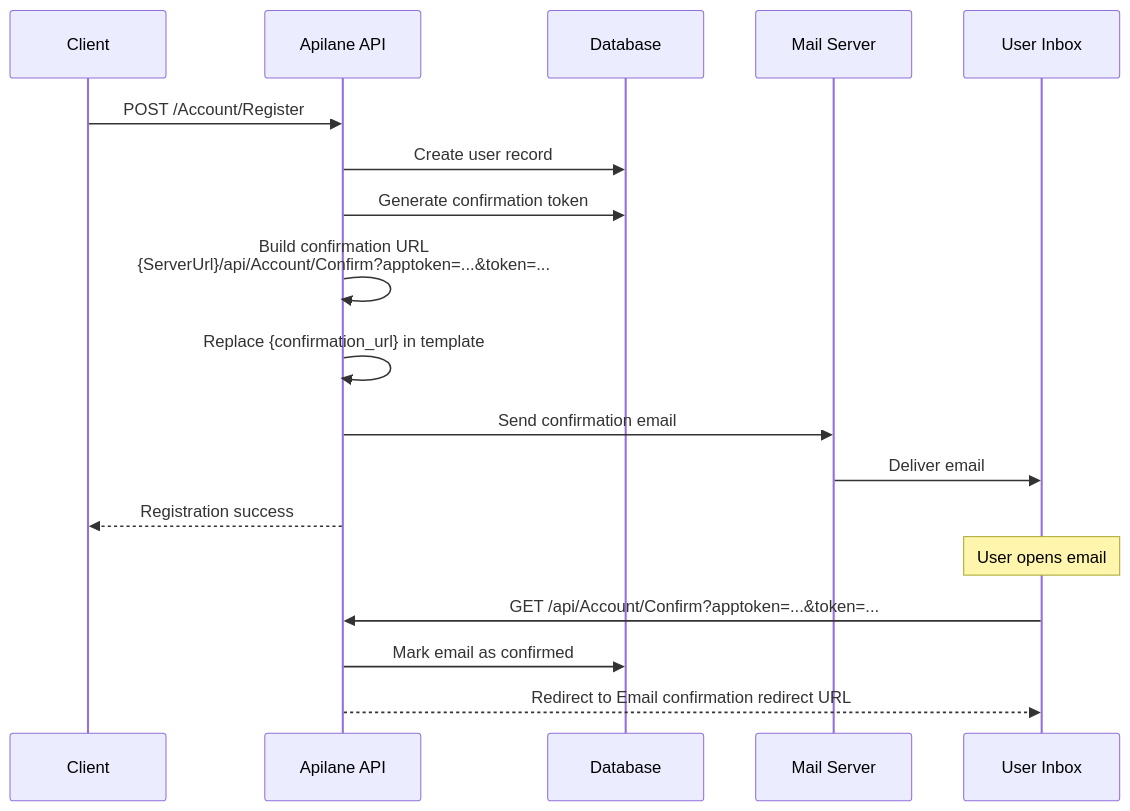
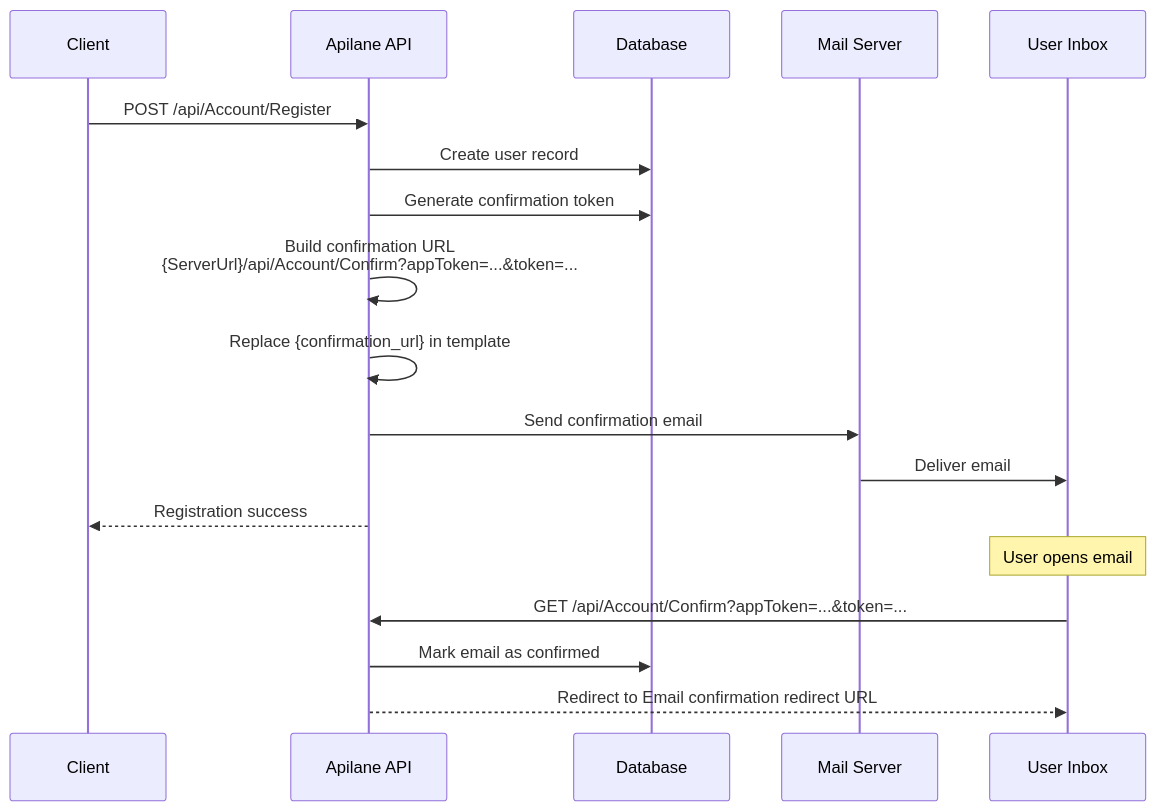
One commit to raptisv/apilane changed the first of 2 diagrams in docs/docs/developer_guide/email_templates.md. Above: the diagram before and after it, drawn with Mermaid. The commit also changed other lines of this file and 28 other files, not shown here.

````diff
--- a/docs/docs/developer_guide/email_templates.md
+++ b/docs/docs/developer_guide/email_templates.md
@@ -98,21 +100,21 @@
 ```mermaid
 sequenceDiagram
     participant Client
     participant API as Apilane API
     participant DB as Database
     participant SMTP as Mail Server
     participant User as User Inbox
 
-    Client->>API: POST /Account/Register
+    Client->>API: POST /api/Account/Register
     API->>DB: Create user record
     API->>DB: Generate confirmation token
-    API->>API: Build confirmation URL<br/>{ServerUrl}/api/Account/Confirm?apptoken=...&token=...
+    API->>API: Build confirmation URL<br/>{ServerUrl}/api/Account/Confirm?appToken=...&token=...
     API->>API: Replace {confirmation_url} in template
     API->>SMTP: Send confirmation email
     SMTP->>User: Deliver email
     API-->>Client: Registration success
     Note over User: User opens email
-    User->>API: GET /api/Account/Confirm?apptoken=...&token=...
+    User->>API: GET /api/Account/Confirm?appToken=...&token=...
     API->>DB: Mark email as confirmed
     API-->>User: Redirect to Email confirmation redirect URL
 ```
````
